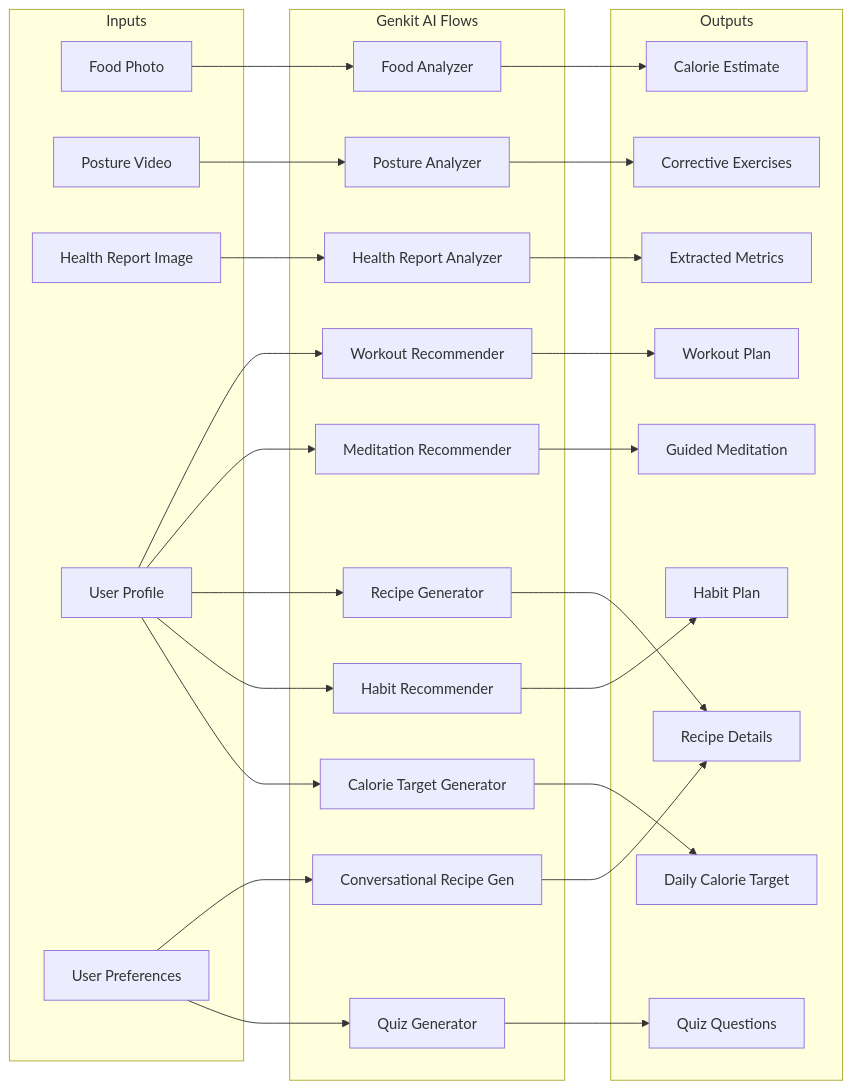
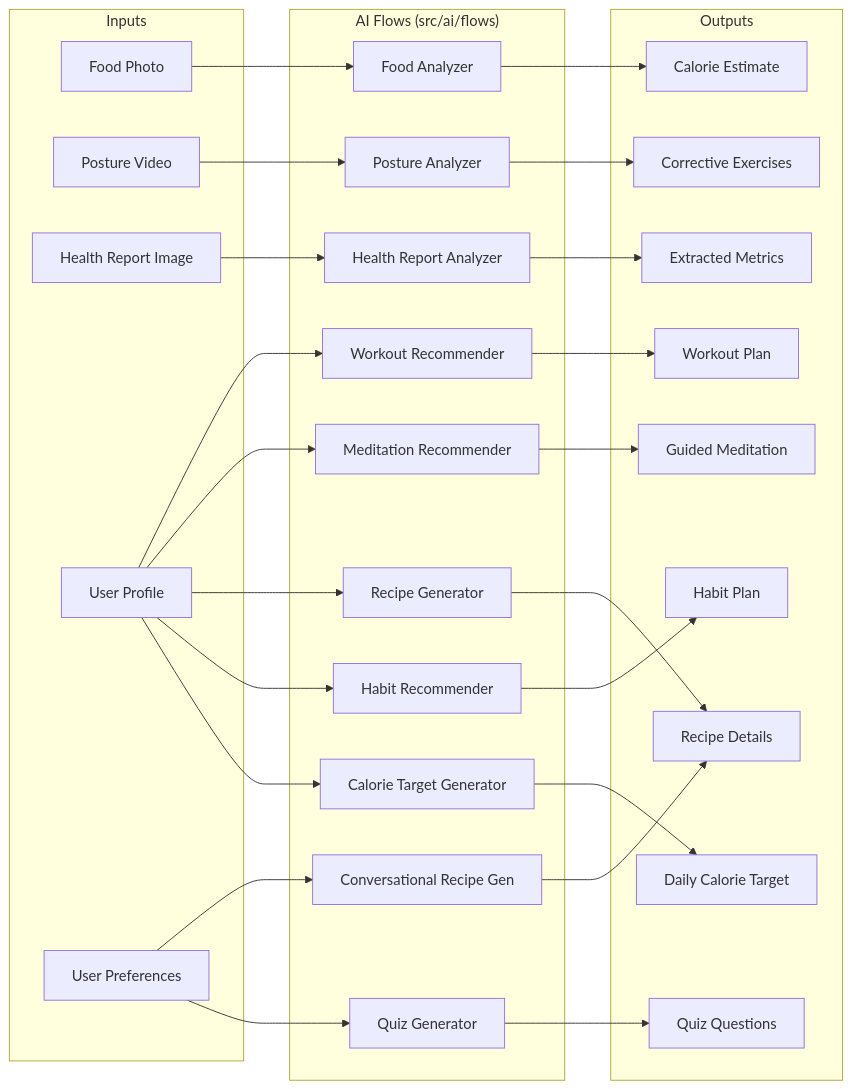
Before and after one commit to knotking/healthgeek: the fourth of 7 diagrams in docs/architecture/README.md, drawn with Mermaid. The commit also changed other lines of this file and 67 other files, not shown here.

````diff
--- a/docs/architecture/README.md
+++ b/docs/architecture/README.md
@@ -150,46 +167,46 @@
 ```mermaid
 graph LR
     subgraph Inputs
         Photo[Food Photo]
         Video[Posture Video]
         Report[Health Report Image]
         Profile[User Profile]
         Prefs[User Preferences]
     end
 
-    subgraph Genkit ["Genkit AI Flows"]
+    subgraph Flows ["AI Flows (src/ai/flows)"]
         FA[Food Analyzer]
         HRA[Health Report Analyzer]
         PA[Posture Analyzer]
         WR[Workout Recommender]
         MR[Meditation Recommender]
         RG[Recipe Generator]
         CRG[Conversational Recipe Gen]
         HR[Habit Recommender]
         QG[Quiz Generator]
         CTG[Calorie Target Generator]
     end
 
     subgraph Outputs
         Calories[Calorie Estimate]
         Metrics[Extracted Metrics]
         Exercises[Corrective Exercises]
         Plan[Workout Plan]
         Guided[Guided Meditation]
         Recipe[Recipe Details]
         Habits[Habit Plan]
         Quiz[Quiz Questions]
         Target[Daily Calorie Target]
     end
 
     Photo --> FA --> Calories
     Report --> HRA --> Metrics
     Video --> PA --> Exercises
     Profile --> WR --> Plan
     Profile --> MR --> Guided
     Profile --> RG --> Recipe
     Prefs --> CRG --> Recipe
     Profile --> HR --> Habits
     Prefs --> QG --> Quiz
     Profile --> CTG --> Target
 ```
````
